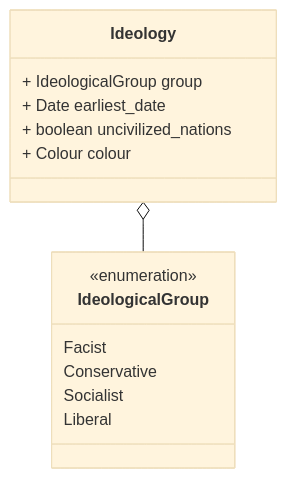
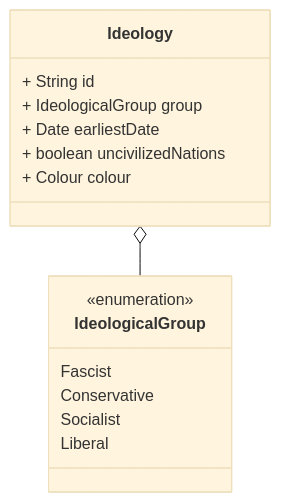
One commit to OpenVicProject/OpenVic changed the diagram in docs/simulation/ideologies.md. Above: the diagram before and after it, drawn with Mermaid (base theme). The commit also changed other lines of this file and 2 other files, not shown here.

Commit message:
Minor tweaks

````diff
--- a/docs/simulation/ideologies.md
+++ b/docs/simulation/ideologies.md
@@ -7,21 +7,22 @@
 ```mermaid
 classDiagram
 
     class IdeologicalGroup {
         <<enumeration>>
-        Facist
+        Fascist
         Conservative
         Socialist
         Liberal
     }
 
     class Ideology {
+        + String id
         + IdeologicalGroup group
-        + Date earliest_date
-        + boolean uncivilized_nations
+        + Date earliestDate
+        + boolean uncivilizedNations
         + Colour colour
     }
 
     Ideology o-- IdeologicalGroup
 
 ```
````
